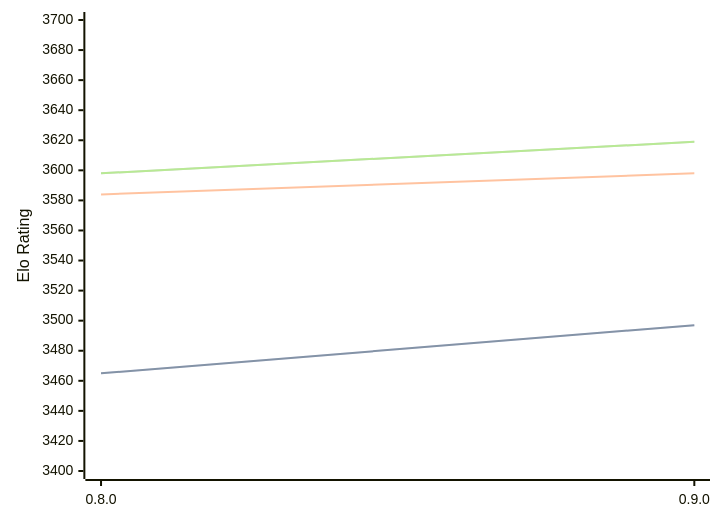
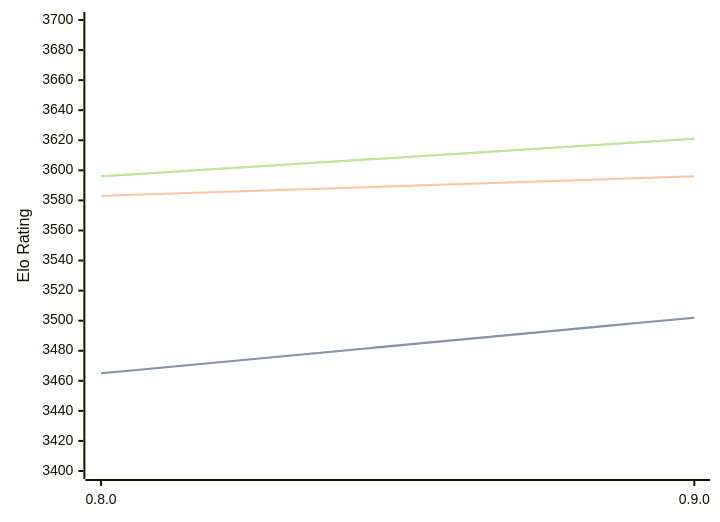
One commit to computer-chess-index/cci changed the diagram in engines/Reckless.md. Above: the diagram before and after it, drawn with Mermaid. The commit also changed other lines of this file, not shown here.

Commit message:
Update CCI Ratings (ELO VLTC) - 2026-03-19

````diff
--- a/engines/Reckless.md
+++ b/engines/Reckless.md
@@ -37,11 +39,11 @@
 ```mermaid
 %%{init: {"theme":"base","themeVariables":{"seriesColors:['#a3a3a3','#222221','#faa371']}}}%%
 xychart-beta
   x-axis ["0.8.0", "0.9.0"]
   y-axis "Elo Rating" 3400 --> 3700
-  line "STC (8.0+0.08s)" [3465, 3497]
-  line "STC (8.0+0.08s)" [3465, 3497]
-  line "LTC (60.0+0.60s)" [3584, 3598]
-  line "VLTC (2m24s+1.12s)" [3598, 3619]
-  line "VLTC (2m24s+1.12s)" [3598, 3619]
+  line "STC (8.0+0.08s)" [3465, 3502]
+  line "STC (8.0+0.08s)" [3465, 3502]
+  line "LTC (60.0+0.60s)" [3583, 3596]
+  line "VLTC (2m24s+1.12s)" [3596, 3621]
+  line "VLTC (2m24s+1.12s)" [3596, 3621]
 ```
````
